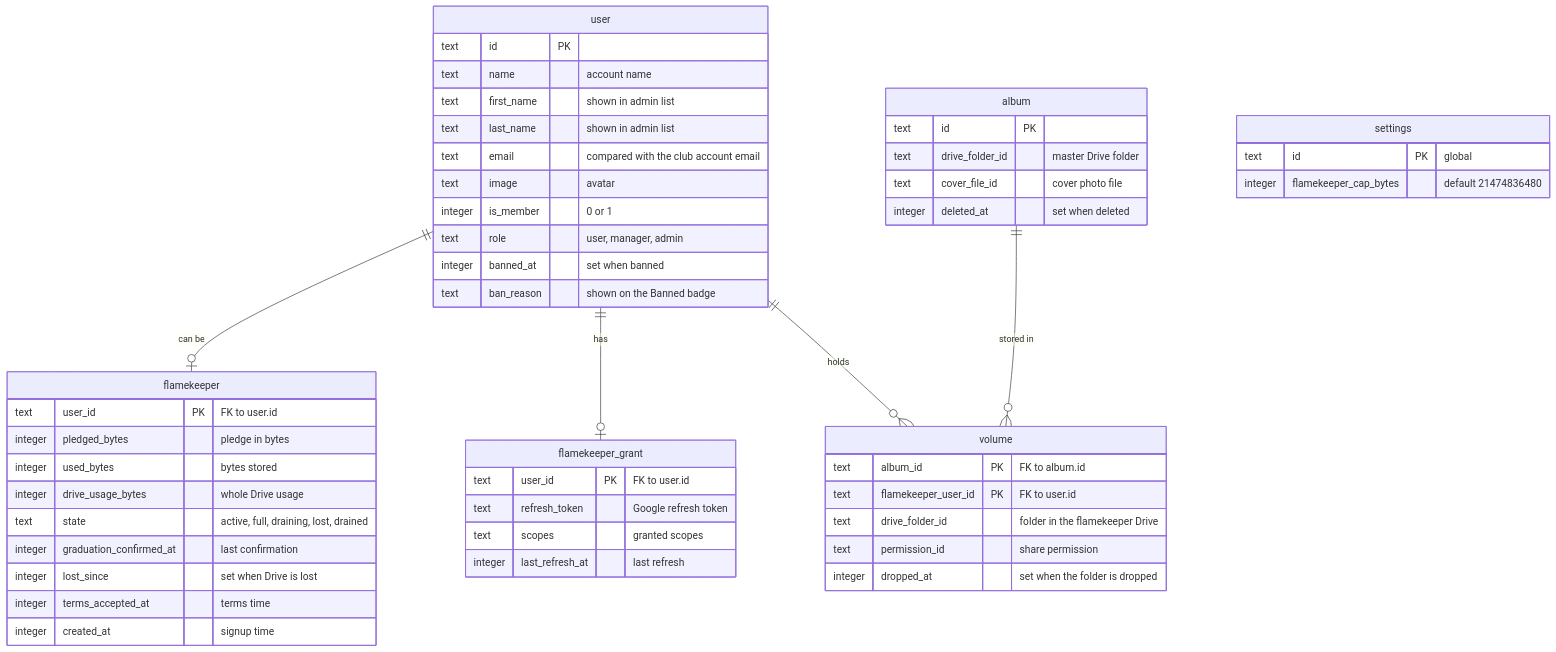
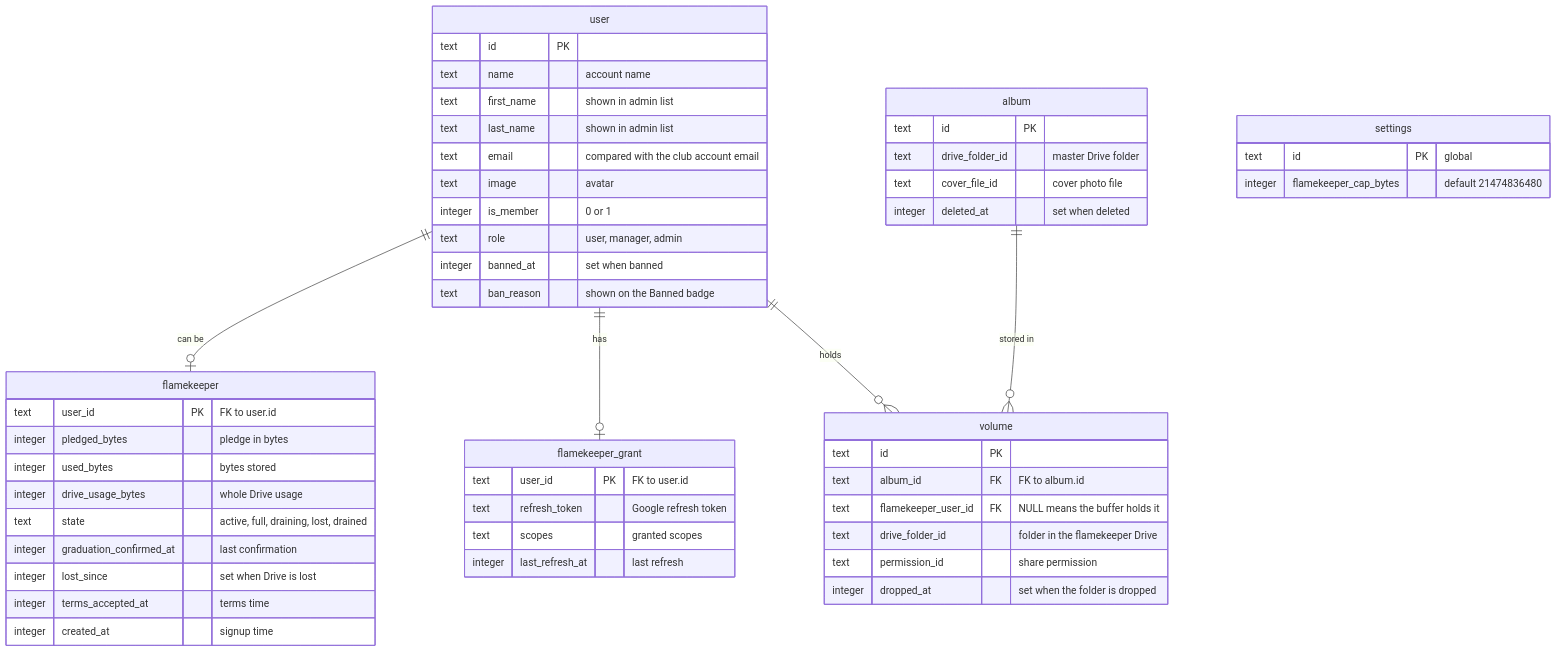
Before and after one commit to sagyzdop/meriksirat: the diagram in docs/scenarios/flamekeepers/erd.md, drawn with Mermaid. The commit also changed 45 other files, not shown here.

````diff
--- a/docs/scenarios/flamekeepers/erd.md
+++ b/docs/scenarios/flamekeepers/erd.md
@@ -23,53 +23,54 @@
 ```mermaid
 erDiagram
     user ||--o| flamekeeper : "can be"
     user ||--o| flamekeeper_grant : "has"
     user ||--o{ volume : "holds"
     album ||--o{ volume : "stored in"
     user {
         text id PK
         text name "account name"
         text first_name "shown in admin list"
         text last_name "shown in admin list"
         text email "compared with the club account email"
         text image "avatar"
         integer is_member "0 or 1"
         text role "user, manager, admin"
         integer banned_at "set when banned"
         text ban_reason "shown on the Banned badge"
     }
     flamekeeper {
         text user_id PK "FK to user.id"
         integer pledged_bytes "pledge in bytes"
         integer used_bytes "bytes stored"
         integer drive_usage_bytes "whole Drive usage"
         text state "active, full, draining, lost, drained"
         integer graduation_confirmed_at "last confirmation"
         integer lost_since "set when Drive is lost"
         integer terms_accepted_at "terms time"
         integer created_at "signup time"
     }
     flamekeeper_grant {
         text user_id PK "FK to user.id"
         text refresh_token "Google refresh token"
         text scopes "granted scopes"
         integer last_refresh_at "last refresh"
     }
     volume {
-        text album_id PK "FK to album.id"
-        text flamekeeper_user_id PK "FK to user.id"
+        text id PK
+        text album_id FK "FK to album.id"
+        text flamekeeper_user_id FK "NULL means the buffer holds it"
         text drive_folder_id "folder in the flamekeeper Drive"
         text permission_id "share permission"
         integer dropped_at "set when the folder is dropped"
     }
     album {
         text id PK
         text drive_folder_id "master Drive folder"
         text cover_file_id "cover photo file"
         integer deleted_at "set when deleted"
     }
     settings {
         text id PK "global"
         integer flamekeeper_cap_bytes "default 21474836480"
     }
 ```
````
